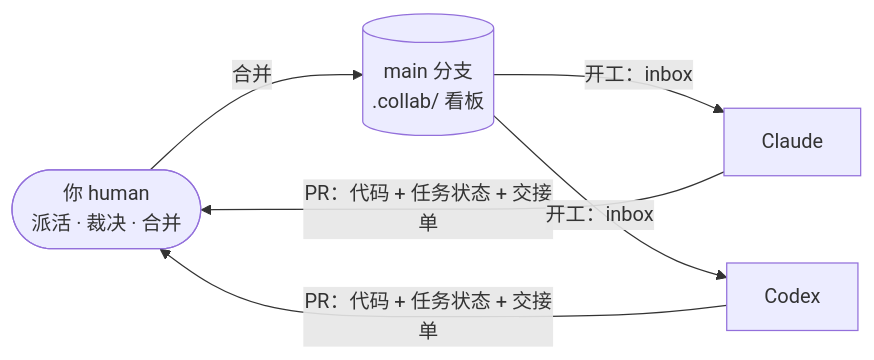
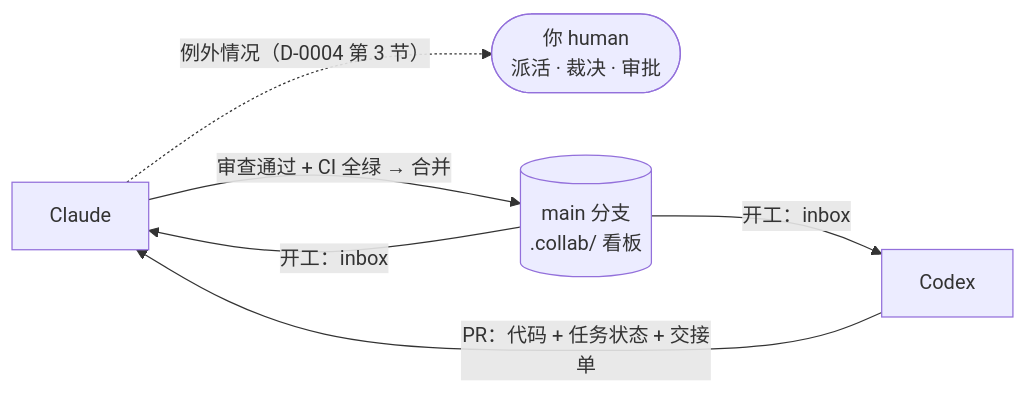
One commit to brianabc121/WorkspaceCore changed the first of 2 diagrams in .collab/README.md. Above: the diagram before and after it, drawn with Mermaid. The commit also changed other lines of this file and 4 other files, not shown here.

````diff
--- a/.collab/README.md
+++ b/.collab/README.md
@@ -11,12 +12,12 @@
 ```mermaid
 flowchart LR
-    H([你 human<br/>派活 · 裁决 · 合并])
+    H([你 human<br/>派活 · 裁决 · 审批])
     C[Claude]
     X[Codex]
     M[(main 分支<br/>.collab/ 看板)]
-    C -- "PR：代码 + 任务状态 + 交接单" --> H
-    X -- "PR：代码 + 任务状态 + 交接单" --> H
-    H -- 合并 --> M
+    X -- "PR：代码 + 任务状态 + 交接单" --> C
+    C -- "审查通过 + CI 全绿 → 合并" --> M
+    C -. "例外情况（D-0004 第 3 节）" .-> H
     M -- "开工：inbox" --> C
     M -- "开工：inbox" --> X
 ```
````
